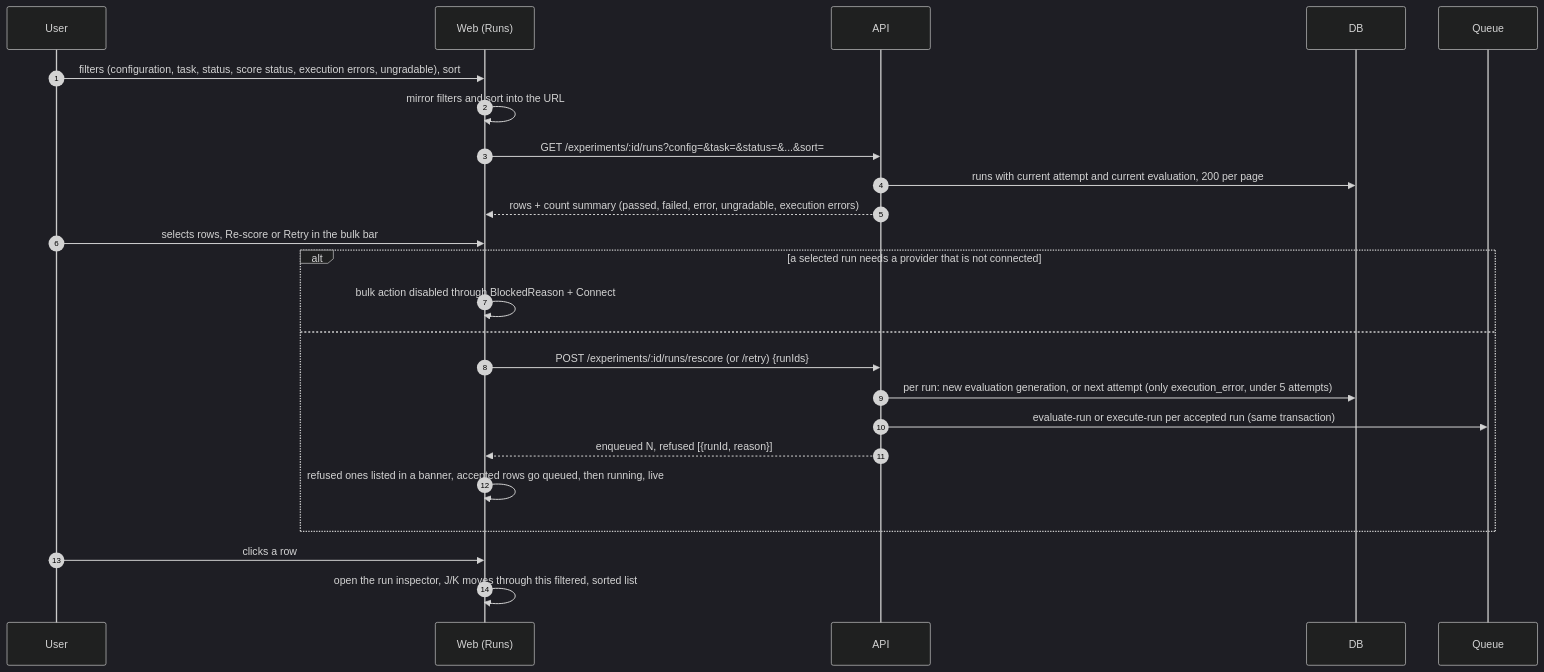
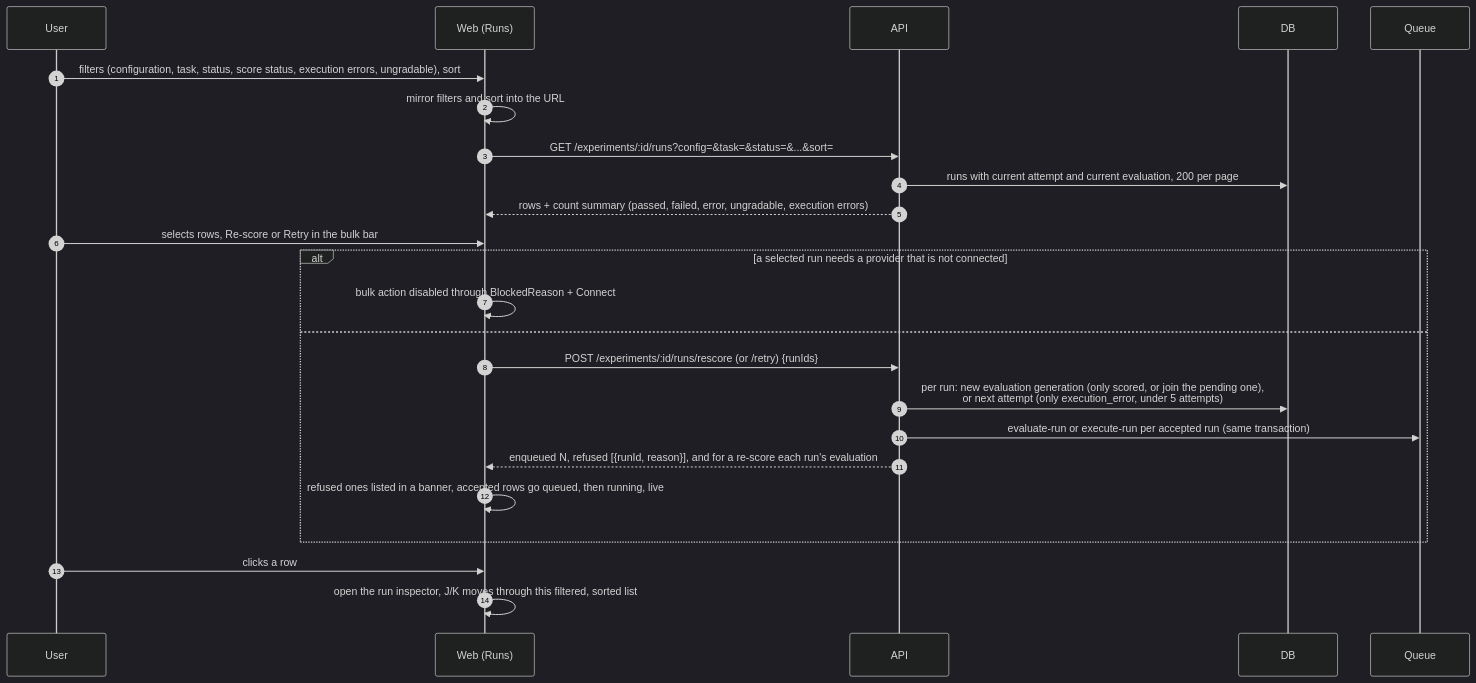
Before and after one commit to sasuke007/hermes-evals: diagram 37 of 38 in UI_FLOWS.md, drawn with Mermaid (dark theme). The commit also changed other lines of this file and 180 other files, not shown here.

````diff
--- a/UI_FLOWS.md
+++ b/UI_FLOWS.md
@@ -1318,27 +1328,27 @@
 ```mermaid
 sequenceDiagram
   autonumber
   participant U as User
   participant W as Web (Runs)
   participant A as API
   participant DB as DB
   participant Q as Queue
 
   U->>W: filters (configuration, task, status, score status, execution errors, ungradable), sort
   W->>W: mirror filters and sort into the URL
   W->>A: GET /experiments/:id/runs?config=&task=&status=&...&sort=
   A->>DB: runs with current attempt and current evaluation, 200 per page
   A-->>W: rows + count summary (passed, failed, error, ungradable, execution errors)
   U->>W: selects rows, Re-score or Retry in the bulk bar
   alt a selected run needs a provider that is not connected
     W->>W: bulk action disabled through BlockedReason + Connect
   else
     W->>A: POST /experiments/:id/runs/rescore (or /retry) {runIds}
-    A->>DB: per run: new evaluation generation, or next attempt (only execution_error, under 5 attempts)
+    A->>DB: per run: new evaluation generation (only scored, or join the pending one),<br/>or next attempt (only execution_error, under 5 attempts)
     A->>Q: evaluate-run or execute-run per accepted run (same transaction)
-    A-->>W: enqueued N, refused [{runId, reason}]
+    A-->>W: enqueued N, refused [{runId, reason}], and for a re-score each run's evaluation
     W->>W: refused ones listed in a banner, accepted rows go queued, then running, live
   end
   U->>W: clicks a row
   W->>W: open the run inspector, J/K moves through this filtered, sorted list
 ```
````
